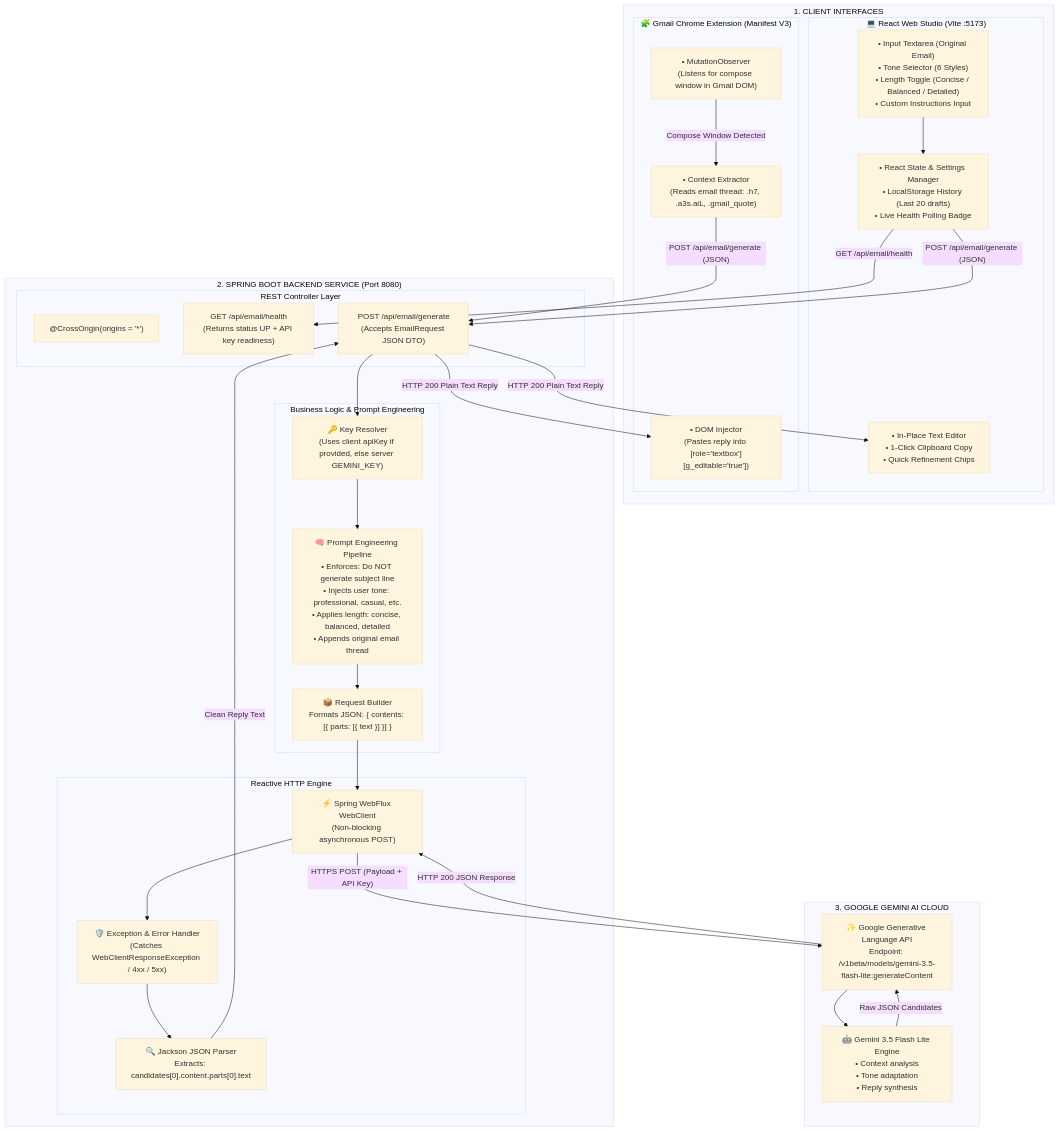
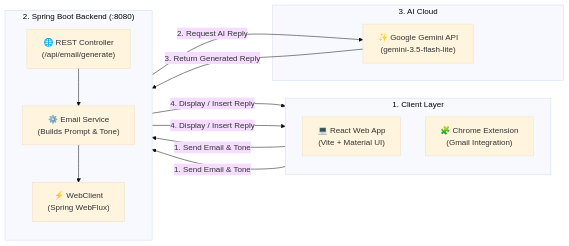
One commit to SHARATH204-MAX/Email-Assistant changed the diagram in README.md. Above: the diagram before and after it, drawn with Mermaid (base theme). The commit also changed other lines of this file, not shown here.

Commit message:
docs: simplify architecture to a clean 3-block structure diagram

````diff
--- a/README.md
+++ b/README.md
@@ -15,69 +13,28 @@
 ```mermaid
-flowchart TB
-    %% Client Interfaces
-    subgraph Clients ["1. CLIENT INTERFACES"]
-        subgraph WebStudio ["💻 React Web Studio (Vite :5173)"]
-            UI_Input["• Input Textarea (Original Email)<br/>• Tone Selector (6 Styles)<br/>• Length Toggle (Concise / Balanced / Detailed)<br/>• Custom Instructions Input"]
-            UI_State["• React State & Settings Manager<br/>• LocalStorage History (Last 20 drafts)<br/>• Live Health Polling Badge"]
-            UI_Actions["• In-Place Text Editor<br/>• 1-Click Clipboard Copy<br/>• Quick Refinement Chips"]
-        end
-
-        subgraph Extension ["🧩 Gmail Chrome Extension (Manifest V3)"]
-            Ext_Observer["• MutationObserver<br/>(Listens for compose window in Gmail DOM)"]
-            Ext_Extract["• Context Extractor<br/>(Reads email thread: .h7, .a3s.aiL, .gmail_quote)"]
-            Ext_Inject["• DOM Injector<br/>(Pastes reply into [role='textbox'][g_editable='true'])"]
-        end
+flowchart LR
+    subgraph Clients ["1. Client Layer"]
+        direction TB
+        A["💻 React Web App<br/>(Vite + Material UI)"]
+        B["🧩 Chrome Extension<br/>(Gmail Integration)"]
     end
 
-    %% Spring Boot Backend Service
-    subgraph Backend ["2. SPRING BOOT BACKEND SERVICE (Port 8080)"]
-        subgraph APIGateway ["REST Controller Layer"]
-            CORS["@CrossOrigin(origins = '*')"]
-            HealthEP["GET /api/email/health<br/>(Returns status UP + API key readiness)"]
-            GenEP["POST /api/email/generate<br/>(Accepts EmailRequest JSON DTO)"]
-        end
-
-        subgraph CoreService ["Business Logic & Prompt Engineering"]
-            KeyResolver["🔑 Key Resolver<br/>(Uses client apiKey if provided, else server GEMINI_KEY)"]
-            PromptPipeline["🧠 Prompt Engineering Pipeline<br/>• Enforces: Do NOT generate subject line<br/>• Injects user tone: professional, casual, etc.<br/>• Applies length: concise, balanced, detailed<br/>• Appends original email thread"]
-            PayloadBuilder["📦 Request Builder<br/>Formats JSON: { contents: [{ parts: [{ text }] }] }"]
-        end
-
-        subgraph ReactiveClient ["Reactive HTTP Engine"]
-            WebClient["⚡ Spring WebFlux WebClient<br/>(Non-blocking asynchronous POST)"]
-            ErrorHandler["🛡️ Exception & Error Handler<br/>(Catches WebClientResponseException / 4xx / 5xx)"]
-            Parser["🔍 Jackson JSON Parser<br/>Extracts: candidates[0].content.parts[0].text"]
-        end
+    subgraph Backend ["2. Spring Boot Backend (:8080)"]
+        direction TB
+        C["🌐 REST Controller<br/>(/api/email/generate)"]
+        D["⚙️ Email Service<br/>(Builds Prompt & Tone)"]
+        E["⚡ WebClient<br/>(Spring WebFlux)"]
+        C --> D
+        D --> E
     end
 
-    %% External Google Gemini AI Cloud
-    subgraph CloudAI ["3. GOOGLE GEMINI AI CLOUD"]
-        GeminiAPI["✨ Google Generative Language API<br/>Endpoint: /v1beta/models/gemini-3.5-flash-lite:generateContent"]
-        LLMEngine["🤖 Gemini 3.5 Flash Lite Engine<br/>• Context analysis<br/>• Tone adaptation<br/>• Reply synthesis"]
+    subgraph AI ["3. AI Cloud"]
+        F["✨ Google Gemini API<br/>(gemini-3.5-flash-lite)"]
     end
 
-    %% Connections and Data Flow
-    UI_Input --> UI_State
-    UI_State -->|"POST /api/email/generate (JSON)"| GenEP
-    UI_State -->|"GET /api/email/health"| HealthEP
-    
-    Ext_Observer -->|"Compose Window Detected"| Ext_Extract
-    Ext_Extract -->|"POST /api/email/generate (JSON)"| GenEP
-
-    GenEP --> KeyResolver
-    KeyResolver --> PromptPipeline
-    PromptPipeline --> PayloadBuilder
-    PayloadBuilder --> WebClient
-
-    WebClient -->|"HTTPS POST (Payload + API Key)"| GeminiAPI
-    GeminiAPI --> LLMEngine
-    LLMEngine -->|"Raw JSON Candidates"| GeminiAPI
-    GeminiAPI -->|"HTTP 200 JSON Response"| WebClient
-
-    WebClient --> ErrorHandler
-    ErrorHandler --> Parser
-    Parser -->|"Clean Reply Text"| GenEP
-    
-    GenEP -->|"HTTP 200 Plain Text Reply"| UI_Actions
-    GenEP -->|"HTTP 200 Plain Text Reply"| Ext_Inject
+    A -->|"1. Send Email & Tone"| C
+    B -->|"1. Send Email & Tone"| C
+    E -->|"2. Request AI Reply"| F
+    F -->|"3. Return Generated Reply"| E
+    C -->|"4. Display / Insert Reply"| A
+    C -->|"4. Display / Insert Reply"| B
 ```
````
